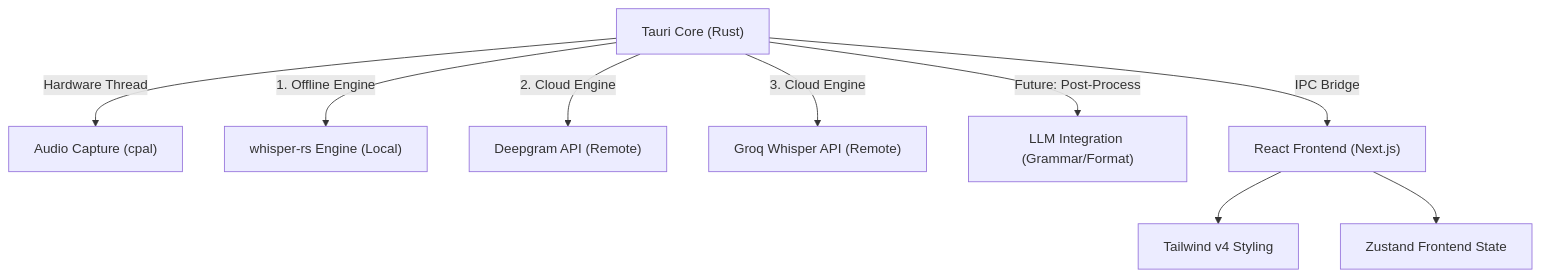
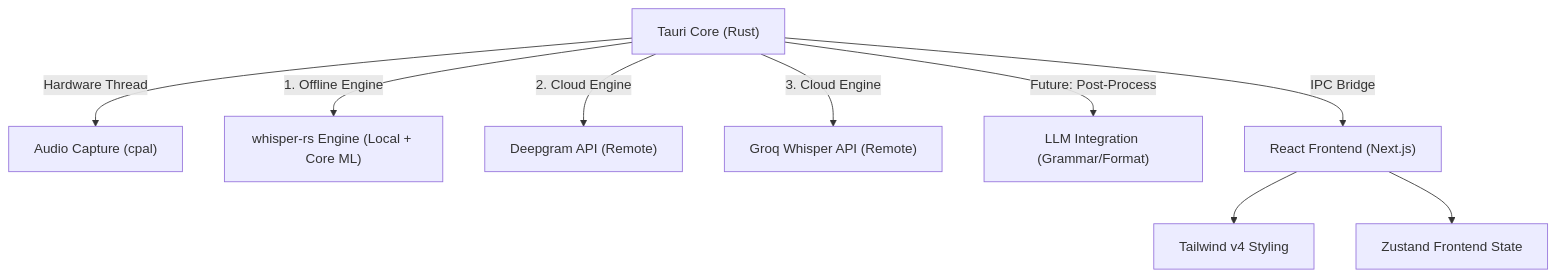
Before and after one commit to AVP-Dev/nyx-vox: the diagram in docs/TECHNICAL.md, drawn with Mermaid. The commit also changed other lines of this file and 41 other files, not shown here.

````diff
--- a/docs/TECHNICAL.md
+++ b/docs/TECHNICAL.md
@@ -24,11 +24,11 @@
 ```mermaid
 graph TD
     A["Tauri Core (Rust)"] -->|Hardware Thread| C["Audio Capture (cpal)"]
-    A -->|1. Offline Engine| B["whisper-rs Engine (Local)"]
+    A -->|1. Offline Engine| B["whisper-rs Engine (Local + Core ML)"]
     A -->|2. Cloud Engine| G["Deepgram API (Remote)"]
     A -->|3. Cloud Engine| H["Groq Whisper API (Remote)"]
     A -->|Future: Post-Process| I["LLM Integration (Grammar/Format)"]
     A -->|IPC Bridge| D["React Frontend (Next.js)"]
     D --> E["Tailwind v4 Styling"]
     D --> F["Zustand Frontend State"]
 ```
````
